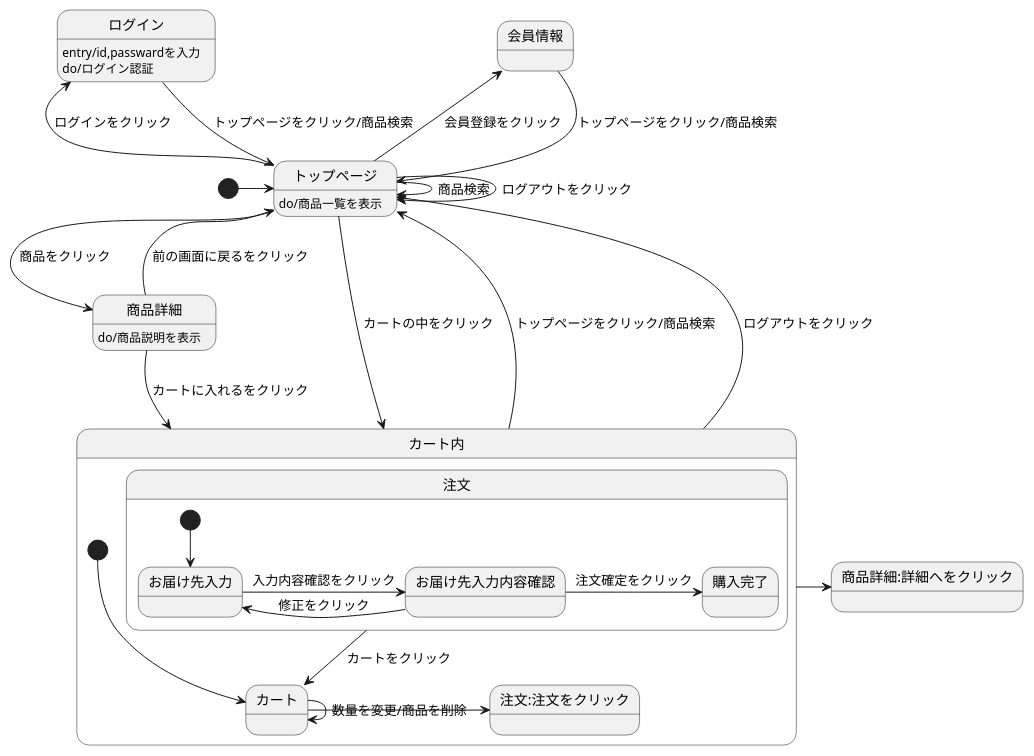
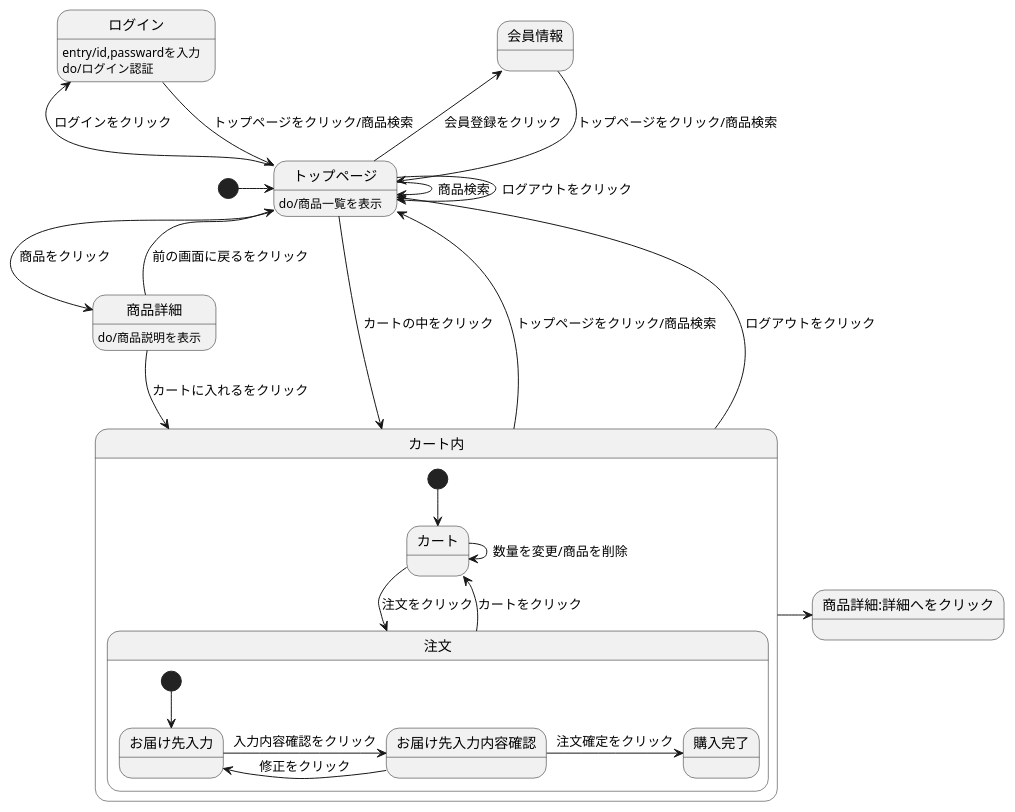
One commit to Aso2001376/2021sys-design changed the diagram in toppage.md. Above: the diagram before and after it, drawn with PlantUML.

````diff
--- a/toppage.md
+++ b/toppage.md
@@ -1,35 +1,35 @@
 ```uml
 @startuml
 [*] -> トップページ
 会員情報 --> トップページ : トップページをクリック/商品検索
 ログイン --> トップページ : トップページをクリック/商品検索
 ログイン : entry/id,passwardを入力
 ログイン : do/ログイン認証
 トップページ --> トップページ : ログアウトをクリック
 トップページ -> トップページ : 商品検索
 トップページ -> 商品詳細 : 商品をクリック
 トップページ -left-> 会員情報 : 会員登録をクリック
 トップページ -left-> ログイン : ログインをクリック
 トップページ --> カート内 : カートの中をクリック
 トップページ : do/商品一覧を表示
 商品詳細 --> カート内 : カートに入れるをクリック
 商品詳細 --> トップページ : 前の画面に戻るをクリック
 商品詳細 : do/商品説明を表示
 カート内 -up-> トップページ : トップページをクリック/商品検索
 カート内 -up-> トップページ : ログアウトをクリック
 カート内 -> 商品詳細:詳細へをクリック
 
 state カート内 {
 [*] --> カート
-カート -> 注文:注文をクリック
-カート -> カート: 数量を変更/商品を削除
-注文 --> カート: カートをクリック
+カート -> 注文 : 注文をクリック
+カート -> カート : 数量を変更/商品を削除
+注文 --> カート : カートをクリック
 state 注文 {
 [*] --> お届け先入力
 お届け先入力 -> お届け先入力内容確認 : 入力内容確認をクリック
 お届け先入力内容確認 -> お届け先入力 : 修正をクリック
 お届け先入力内容確認 -> 購入完了 : 注文確定をクリック
   }
  }
 @enduml
 ```
````
